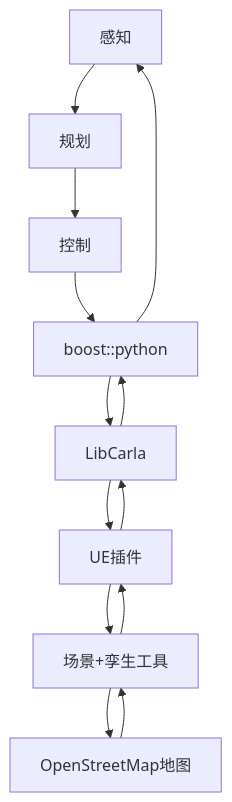
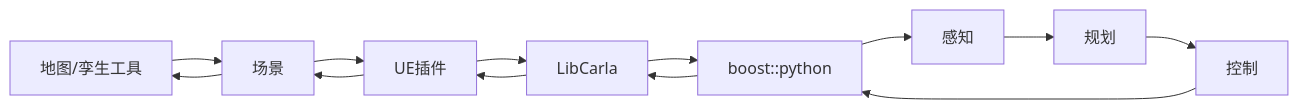
Before and after one commit to OpenHUTB/.github: the diagram in profile/workflow.md, drawn with Mermaid.

Commit message:
改用左右流程图

````diff
--- a/profile/workflow.md
+++ b/profile/workflow.md
@@ -1,15 +1,15 @@
 ```mermaid
-graph TD;
-    感知-->规划;
-    规划-->控制;
+flowchart LR
+    地图/孪生工具-->场景
+    场景-->地图/孪生工具
+    UE插件-->场景
+    场景-->UE插件
+    LibCarla-->UE插件
+    UE插件-->LibCarla
+    LibCarla-->boost::python
+    boost::python-->LibCarla
+    控制-->boost::python
     boost::python-->感知;
-    控制-->boost::python;
-    boost::python-->LibCarla
-    LibCarla-->boost::python
-    UE插件-->LibCarla
-    LibCarla-->UE插件
-    场景+孪生工具-->UE插件
-    UE插件-->场景+孪生工具
-    OpenStreetMap地图-->场景+孪生工具
-    场景+孪生工具-->OpenStreetMap地图
+    规划-->控制 
+    感知-->规划
 ```
````
